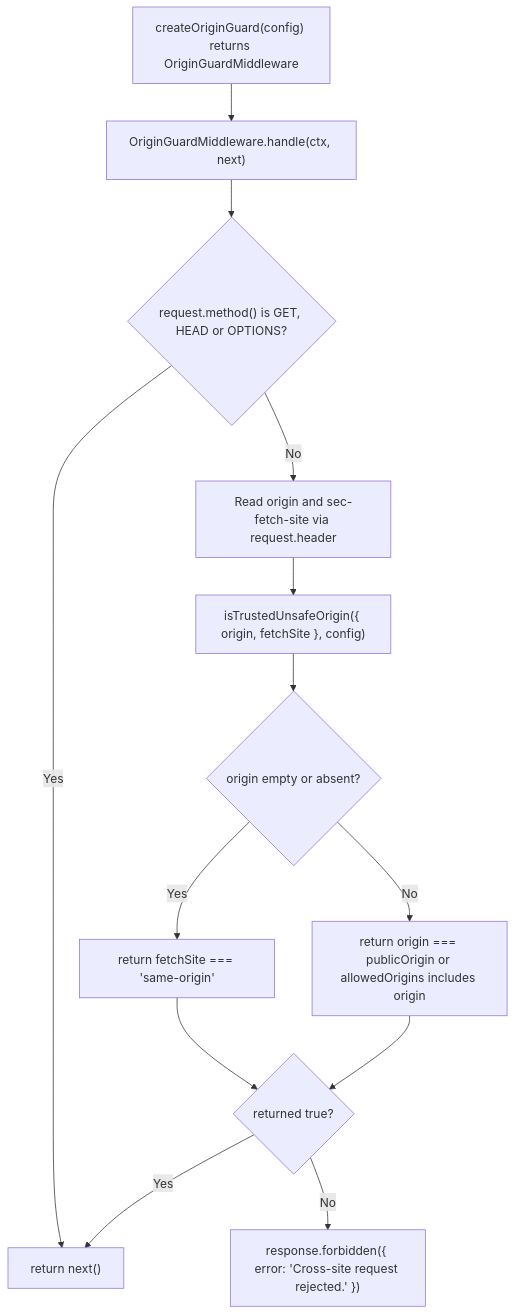
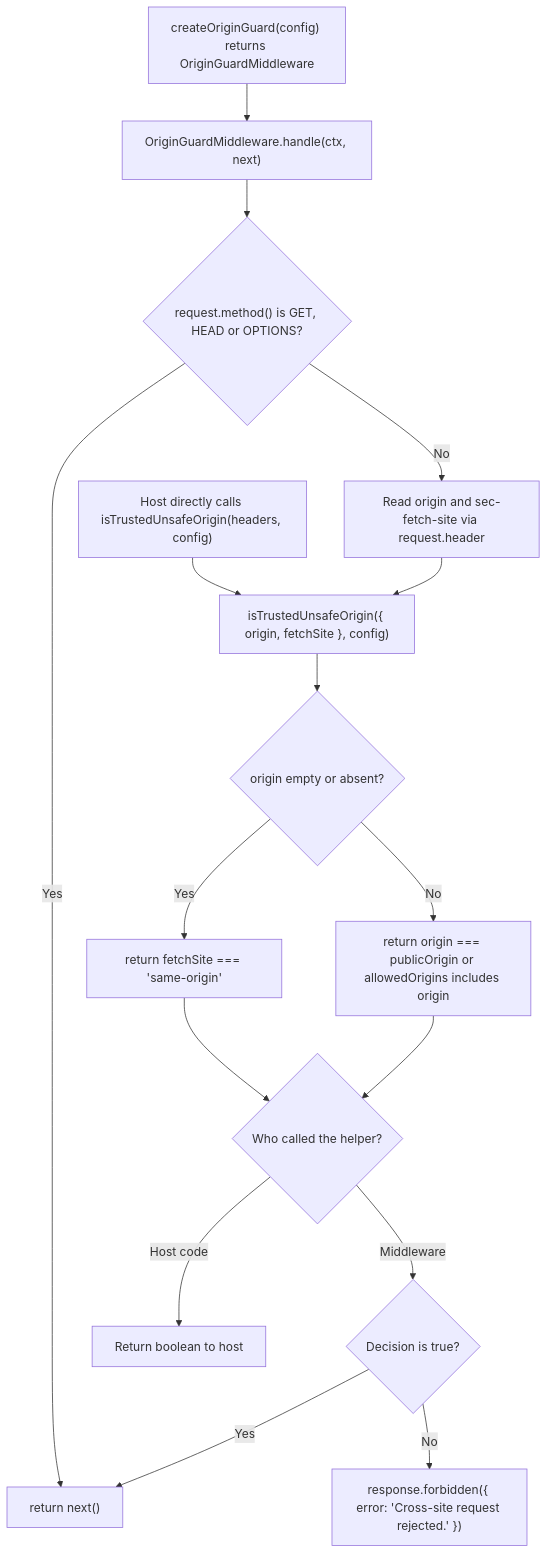
The second of 2 diagrams in user-stories/US-ORIGIN-01-refuse-cross-site-writes.md (Kevinjohn/oss-adonisjs-origin-guard), drawn with Mermaid before and after one commit. The commit also changed other lines of this file and 3 other files, not shown here.

````diff
--- a/user-stories/US-ORIGIN-01-refuse-cross-site-writes.md
+++ b/user-stories/US-ORIGIN-01-refuse-cross-site-writes.md
@@ -47,15 +47,18 @@
 ```mermaid
 flowchart TD
     P["createOriginGuard(config) returns OriginGuardMiddleware"] --> A["OriginGuardMiddleware.handle(ctx, next)"]
     A --> B{"request.method() is GET, HEAD or OPTIONS?"}
     B -->|Yes| N["return next()"]
     B -->|No| R["Read origin and sec-fetch-site via request.header"]
     R --> C["isTrustedUnsafeOrigin({ origin, fetchSite }, config)"]
+    A2["Host directly calls isTrustedUnsafeOrigin(headers, config)"] --> C
     C --> D{"origin empty or absent?"}
     D -->|Yes| E["return fetchSite === 'same-origin'"]
     D -->|No| F["return origin === publicOrigin or allowedOrigins includes origin"]
-    E --> G{"returned true?"}
-    F --> G
+    E --> S{"Who called the helper?"}
+    F --> S
+    S -->|Host code| T["Return boolean to host"]
+    S -->|Middleware| G{"Decision is true?"}
     G -->|Yes| N
     G -->|No| H["response.forbidden({ error: 'Cross-site request rejected.' })"]
 ```
````
